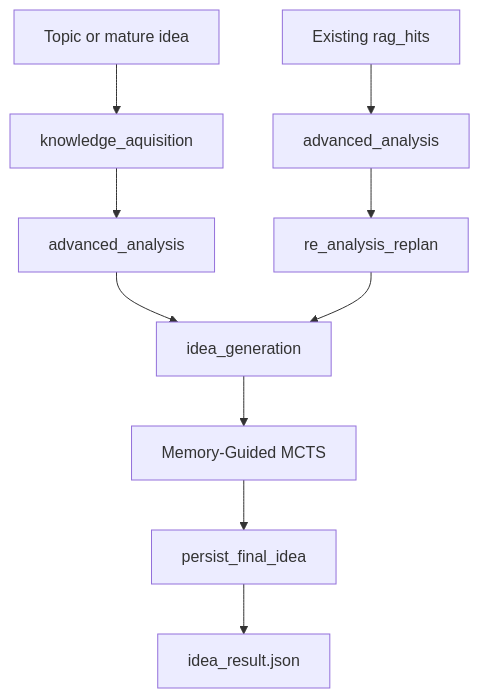
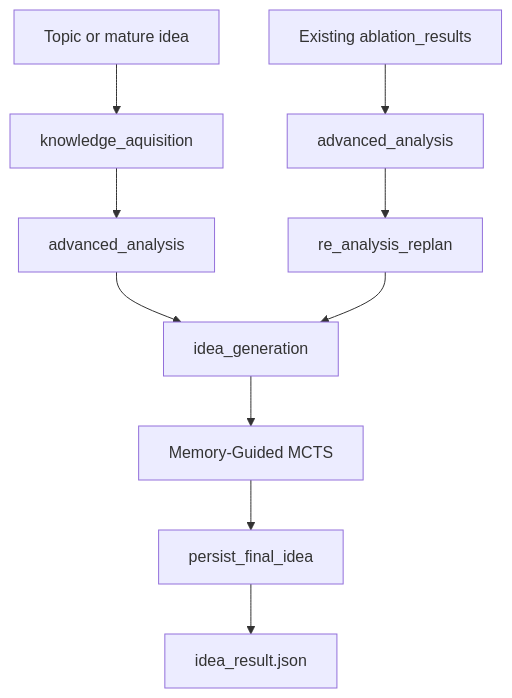
One commit to OpenDFM/Xcientist changed the diagram in src/agents/idea_agent/README.md. Above: the diagram before and after it, drawn with Mermaid. The commit also changed other lines of this file and 13 other files, not shown here.

````diff
--- a/src/agents/idea_agent/README.md
+++ b/src/agents/idea_agent/README.md
@@ -17,14 +17,14 @@
 ```mermaid
 graph TD
     T[Topic or mature idea] --> KA[knowledge_aquisition]
     KA --> AA[advanced_analysis]
     AA --> IG[idea_generation]
 
-    RH[Existing rag_hits] --> AA2[advanced_analysis]
+    AR[Existing ablation_results] --> AA2[advanced_analysis]
     AA2 --> RR[re_analysis_replan]
     RR --> IG
 
     IG --> MCTS[Memory-Guided MCTS]
     MCTS --> PFI[persist_final_idea]
     PFI --> OUT[idea_result.json]
 ```
````
